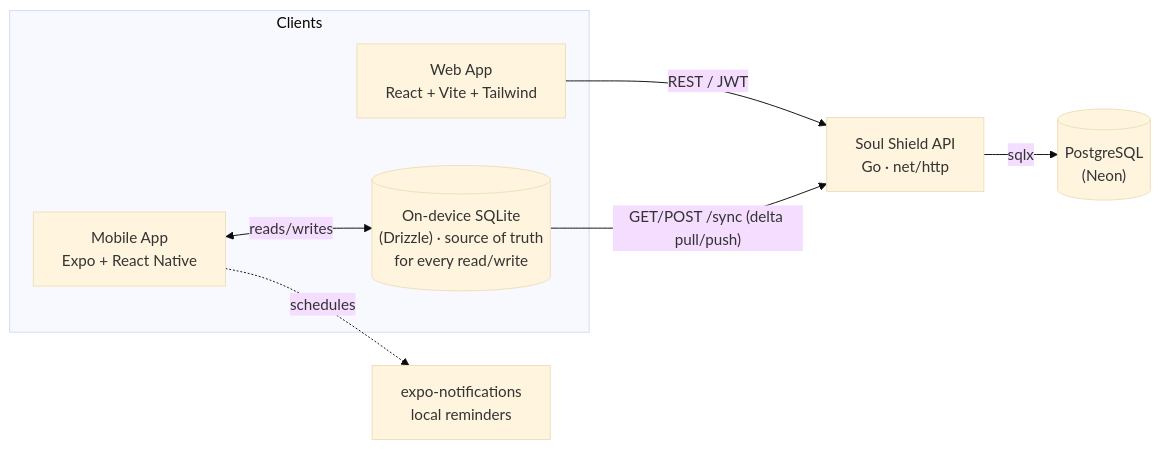
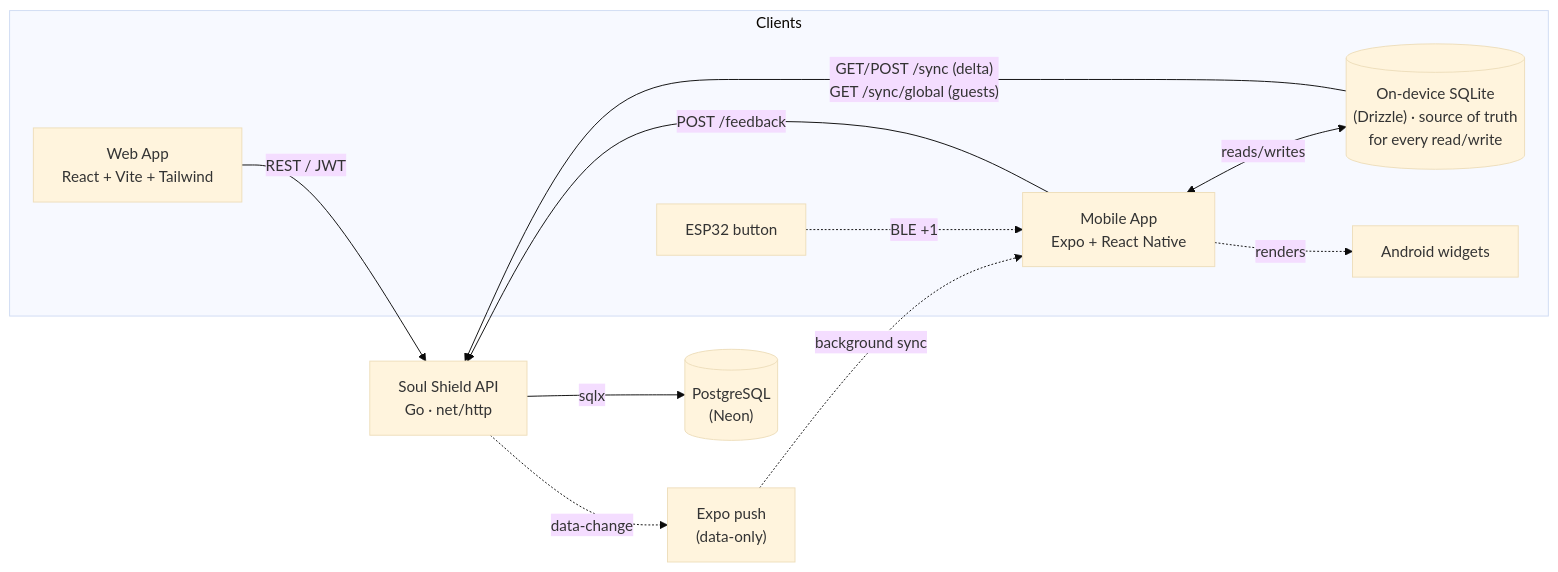
Before and after one commit to Farhan0140/_Soul_Shield: the first of 2 diagrams in README.md, drawn with Mermaid (base theme). The commit also changed other lines of this file and 12 other files, not shown here.

````diff
--- a/README.md
+++ b/README.md
@@ -100,18 +166,23 @@
 ```mermaid
 flowchart LR
     subgraph Clients
         Web["Web App<br/>React + Vite + Tailwind"]
         Mobile["Mobile App<br/>Expo + React Native"]
         SQLite[("On-device SQLite<br/>(Drizzle) · source of truth<br/>for every read/write")]
+        Widget["Android widgets"]
+        ESP32["ESP32 button"]
     end
 
     API["Soul Shield API<br/>Go · net/http"]
     DB[("PostgreSQL<br/>(Neon)")]
-    Notif["expo-notifications<br/>local reminders"]
+    Push["Expo push<br/>(data-only)"]
 
-    Web -- REST / JWT --> API
-    Mobile <-- reads/writes --> SQLite
-    SQLite -- "GET/POST /sync (delta pull/push)" --> API
+    Web -- "REST / JWT" --> API
+    Mobile <-- "reads/writes" --> SQLite
+    SQLite -- "GET/POST /sync (delta)<br/>GET /sync/global (guests)" --> API
+    Mobile -- "POST /feedback" --> API
     API -- sqlx --> DB
-    Mobile -. schedules .-> Notif
+    API -. "data-change" .-> Push -. "background sync" .-> Mobile
+    ESP32 -. "BLE +1" .-> Mobile
+    Mobile -. renders .-> Widget
 ```
````
